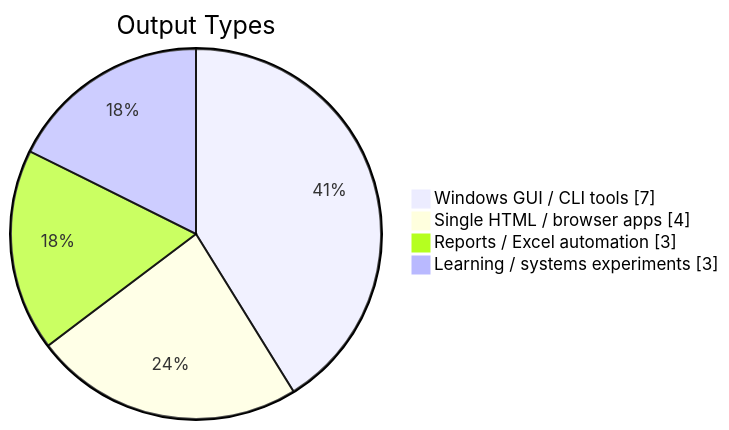
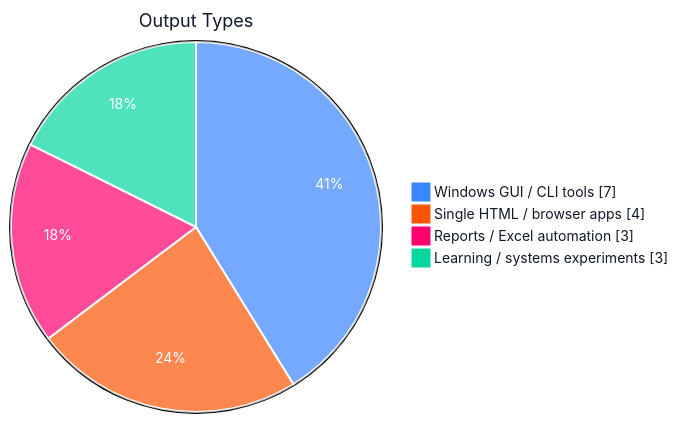
One commit to SSsan-00/SSsan-00 changed the second of 4 diagrams in README.md. Above: the diagram before and after it, drawn with Mermaid. The commit also changed other lines of this file, not shown here.

Commit message:
Brighten profile chart colors

````diff
--- a/README.md
+++ b/README.md
@@ -42,8 +43,9 @@
 ```mermaid
+%%{init: {"theme": "base", "themeVariables": {"pie1": "#3a86ff", "pie2": "#fb5607", "pie3": "#ff006e", "pie4": "#06d6a0", "pieStrokeColor": "#ffffff", "pieStrokeWidth": "2px", "pieOuterStrokeWidth": "2px", "pieTitleTextColor": "#111827", "pieTitleTextSize": "18px", "pieLegendTextColor": "#111827", "pieLegendTextSize": "14px", "pieSectionTextColor": "#ffffff", "pieSectionTextSize": "14px"}}}%%
 pie showData
   title Output Types
   "Windows GUI / CLI tools" : 7
   "Single HTML / browser apps" : 4
   "Reports / Excel automation" : 3
   "Learning / systems experiments" : 3
 ```
````
